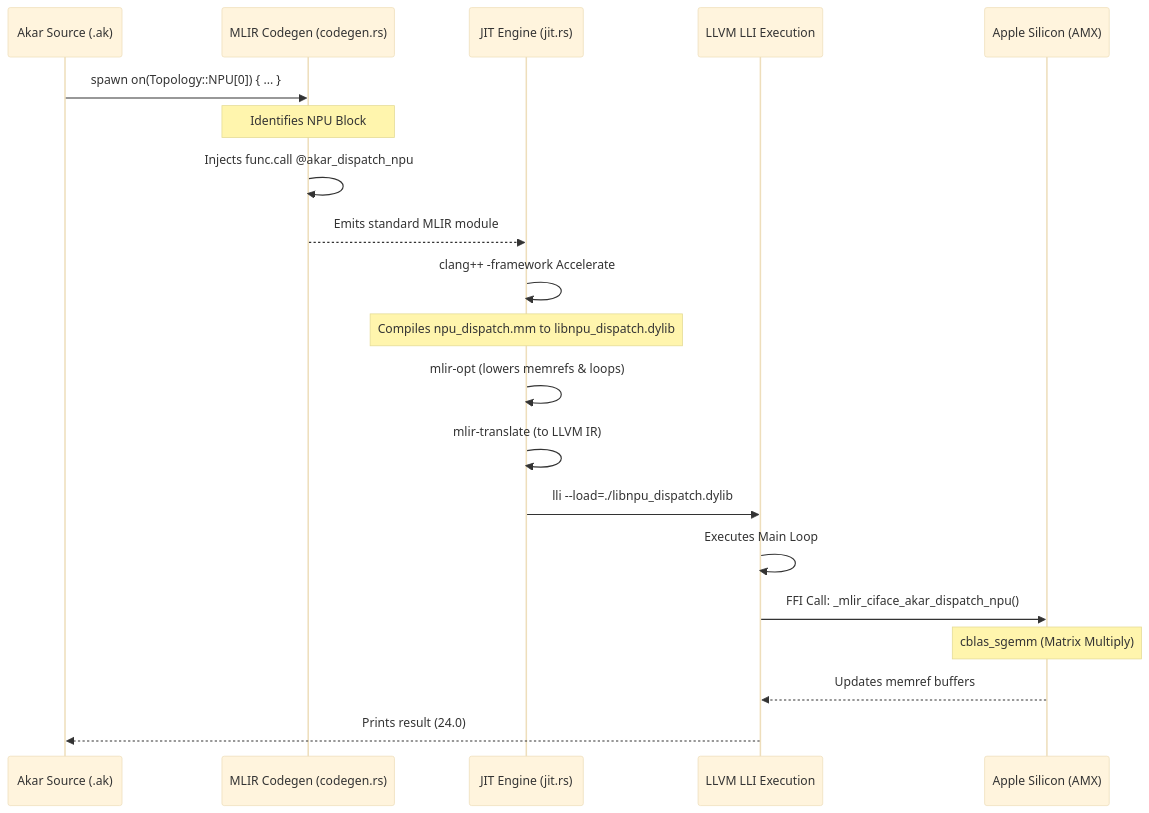
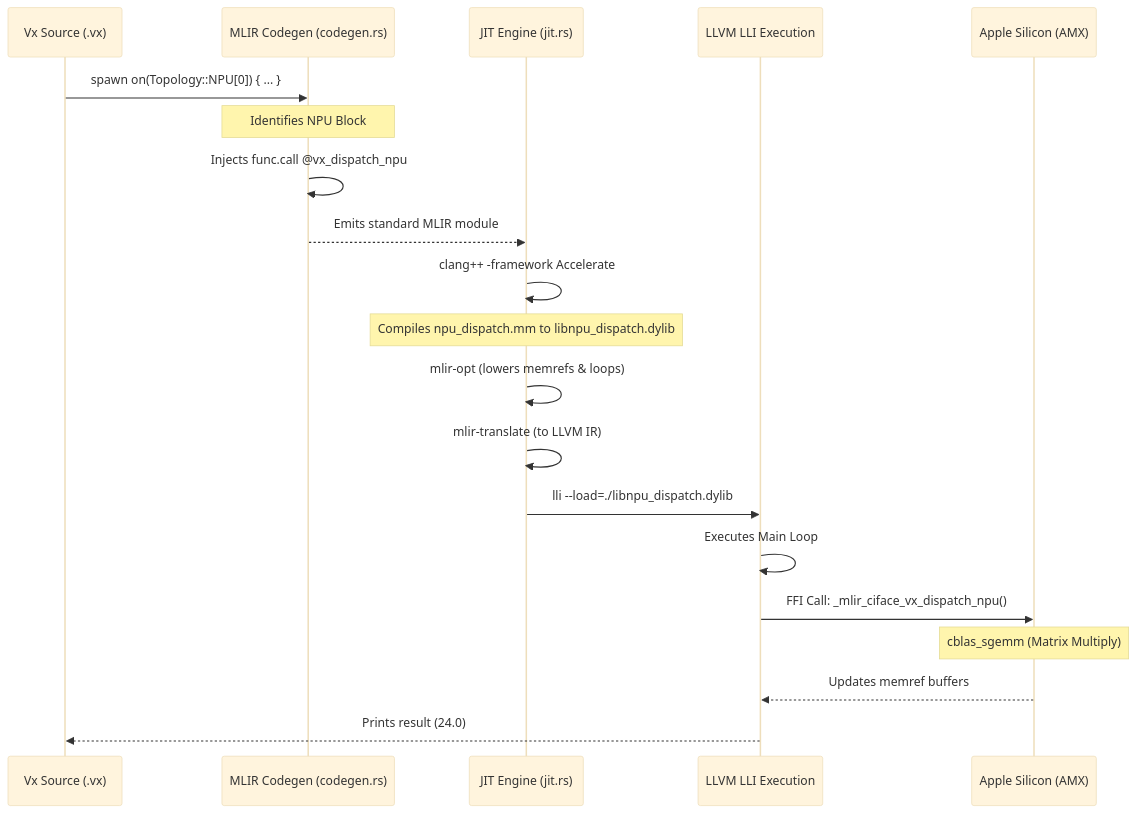
The diagram in docs/npu_hardware_dispatch.md (vx-lang/Vx), drawn with Mermaid (base theme) before and after one commit. The commit also changed other lines of this file and 106 other files, not shown here.

````diff
--- a/docs/npu_hardware_dispatch.md
+++ b/docs/npu_hardware_dispatch.md
@@ -11,27 +11,27 @@
 ```mermaid
 sequenceDiagram
-    participant Source as Akar Source (.ak)
+    participant Source as Vx Source (.vx)
     participant MLIR_Gen as MLIR Codegen (codegen.rs)
     participant JIT as JIT Engine (jit.rs)
     participant LLI as LLVM LLI Execution
     participant Hardware as Apple Silicon (AMX)
 
     Source->>MLIR_Gen: spawn on(Topology::NPU[0]) { ... }
     Note over MLIR_Gen: Identifies NPU Block
-    MLIR_Gen->>MLIR_Gen: Injects func.call @akar_dispatch_npu
+    MLIR_Gen->>MLIR_Gen: Injects func.call @vx_dispatch_npu
     MLIR_Gen-->>JIT: Emits standard MLIR module
 
     JIT->>JIT: clang++ -framework Accelerate
     Note over JIT: Compiles npu_dispatch.mm to libnpu_dispatch.dylib
 
     JIT->>JIT: mlir-opt (lowers memrefs & loops)
     JIT->>JIT: mlir-translate (to LLVM IR)
 
     JIT->>LLI: lli --load=./libnpu_dispatch.dylib
 
     LLI->>LLI: Executes Main Loop
-    LLI->>Hardware: FFI Call: _mlir_ciface_akar_dispatch_npu()
+    LLI->>Hardware: FFI Call: _mlir_ciface_vx_dispatch_npu()
     Note over Hardware: cblas_sgemm (Matrix Multiply)
     Hardware-->>LLI: Updates memref buffers
     LLI-->>Source: Prints result (24.0)
 ```
````
